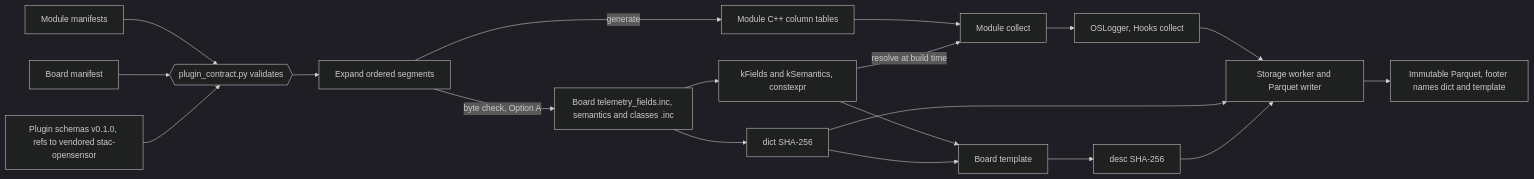
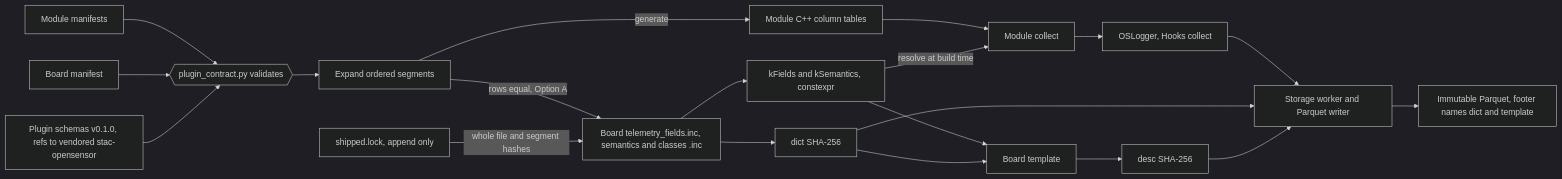
The diagram in docs/shared/sensor-plugins.md (walkthru-earth/aq-parquet), drawn with Mermaid (dark theme) before and after one commit. The commit also changed other lines of this file, not shown here.

First line of the commit message:
Fix the plugin schema, procedures and append only baseline (#111)

````diff
--- a/docs/shared/sensor-plugins.md
+++ b/docs/shared/sensor-plugins.md
@@ -427,21 +501,22 @@
 ```mermaid
 flowchart LR
   MM["Module manifests"] --> V
   BM["Board manifest"] --> V
   S["Plugin schemas v0.1.0, refs to vendored stac-opensensor"] --> V
   V{{"plugin_contract.py validates"}} --> X["Expand ordered segments"]
-  X -- "byte check, Option A" --> INC["Board telemetry_fields.inc, semantics and classes .inc"]
+  X -- "rows equal, Option A" --> INC["Board telemetry_fields.inc, semantics and classes .inc"]
   X -- "generate" --> HDR["Module C++ column tables"]
+  LOCK["shipped.lock, append only"] -- "whole file and segment hashes" --> INC
   INC --> DICT["dict SHA-256"]
   INC --> KF["kFields and kSemantics, constexpr"]
   HDR --> MOD["Module collect"]
   KF -- "resolve at build time" --> MOD
   KF --> TPL["Board template"]
   DICT --> TPL
   TPL --> DESC["desc SHA-256"]
   MOD --> LOG["OSLogger, Hooks collect"]
   LOG --> W["Storage worker and Parquet writer"]
   DICT --> W
   DESC --> W
   W --> PQ["Immutable Parquet, footer names dict and template"]
 ```
````
